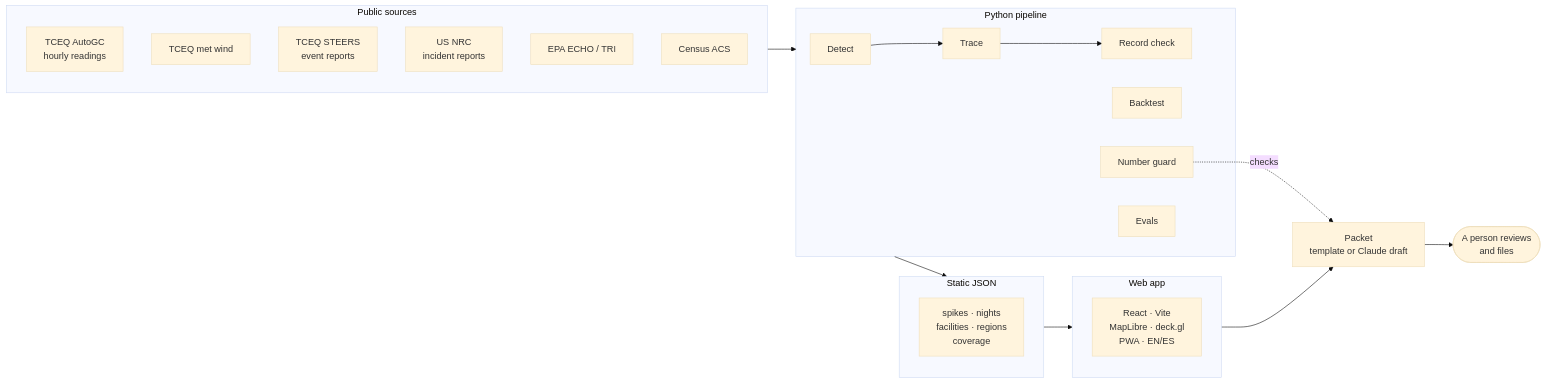
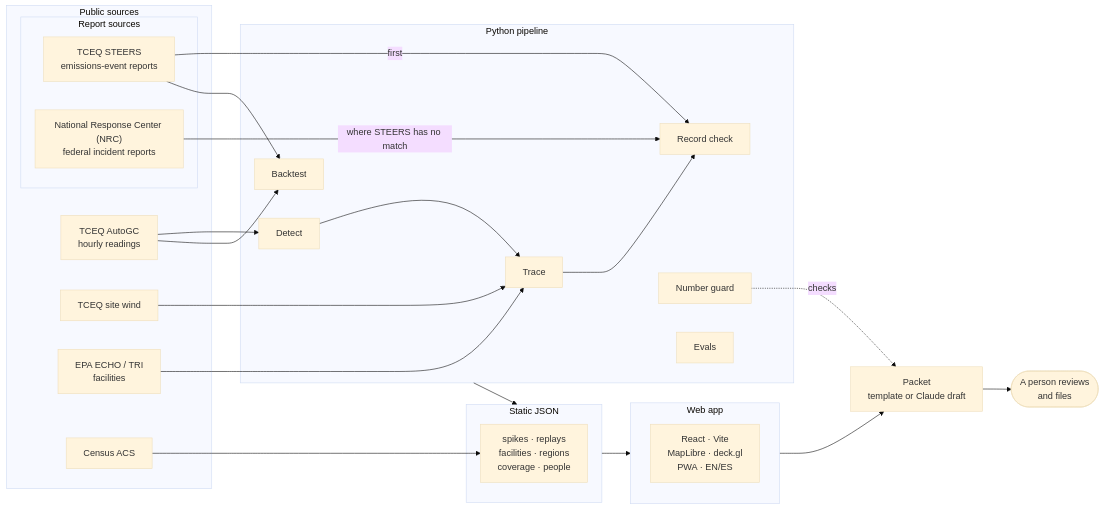
Before and after one commit to kgorle1111/plume-witness: the diagram in README.md, drawn with Mermaid (base theme). The commit also changed other lines of this file and 2 other files, not shown here.

First line of the commit message:
docs(readme): live hero, UI terms, NRC in the architecture map, credits

````diff
--- a/README.md
+++ b/README.md
@@ -44,31 +45,39 @@
 ```mermaid
 flowchart LR
   subgraph SRC["Public sources"]
     S1["TCEQ AutoGC<br/>hourly readings"]
-    S2["TCEQ met wind"]
-    S3["TCEQ STEERS<br/>event reports"]
-    S6["US NRC<br/>incident reports"]
-    S4["EPA ECHO / TRI"]
+    S2["TCEQ site wind"]
+    S4["EPA ECHO / TRI<br/>facilities"]
     S5["Census ACS"]
+    subgraph REP["Report sources"]
+      S3["TCEQ STEERS<br/>emissions-event reports"]
+      S6["National Response Center (NRC)<br/>federal incident reports"]
+    end
   end
   subgraph PIPE["Python pipeline"]
     P1["Detect"] --> P2["Trace"] --> P3["Record check"]
     P4["Backtest"]
     P5["Number guard"]
     P6["Evals"]
   end
   subgraph JSON["Static JSON"]
-    J1["spikes · nights<br/>facilities · regions<br/>coverage"]
+    J1["spikes · replays<br/>facilities · regions<br/>coverage · people"]
   end
   subgraph WEB["Web app"]
     W1["React · Vite<br/>MapLibre · deck.gl<br/>PWA · EN/ES"]
   end
   K["Packet<br/>template or Claude draft"]
   H(["A person reviews<br/>and files"])
-  SRC --> PIPE
+  S1 --> P1
+  S2 --> P2
+  S4 --> P2
+  S3 -->|first| P3
+  S6 -->|where STEERS has no match| P3
+  S1 & S3 --> P4
+  S5 --> J1
   PIPE --> JSON
   JSON --> WEB
   WEB --> K
   P5 -. checks .-> K
   K --> H
 ```
````
